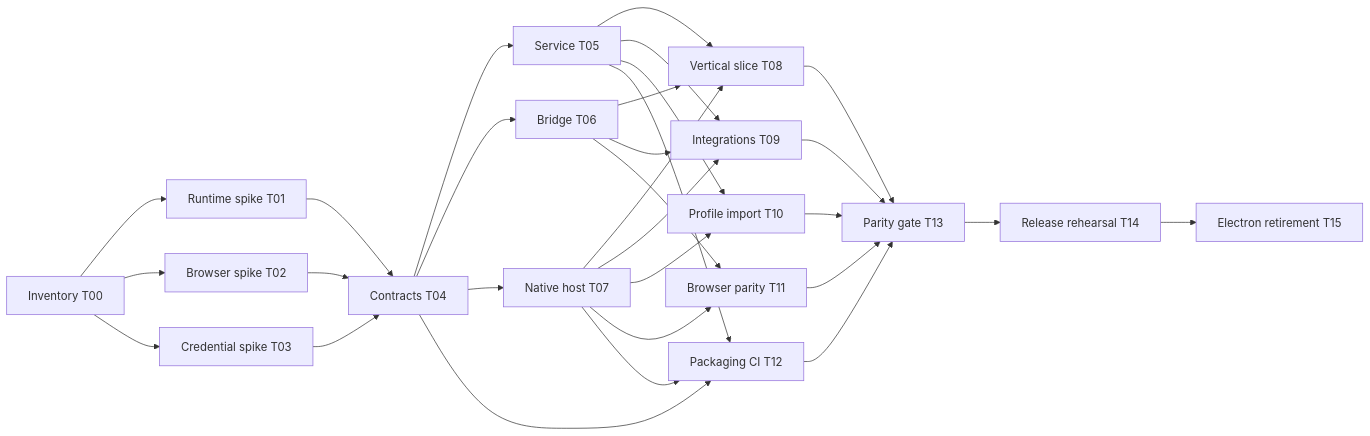
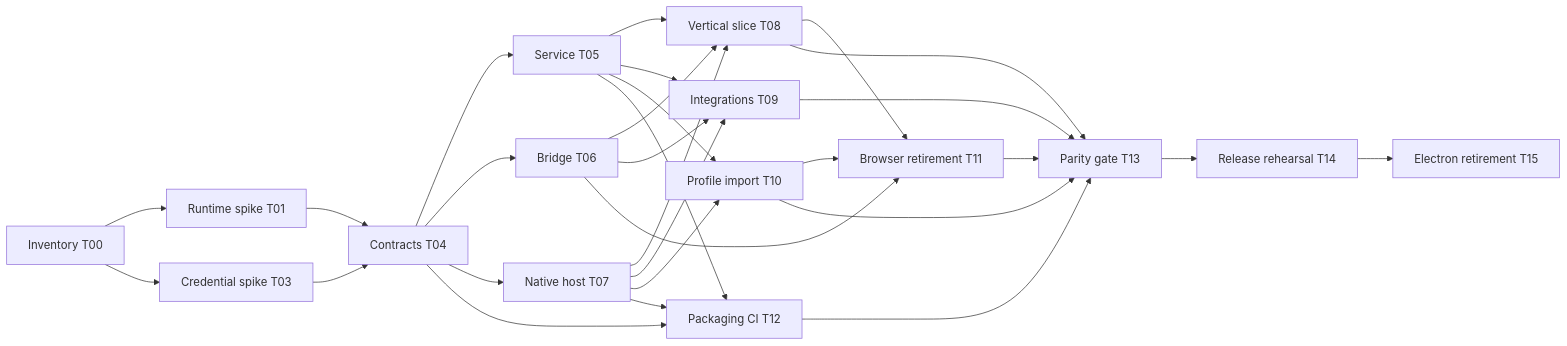
The diagram in docs/tauri-migration/workstreams.md (krazyjakee/21x), drawn with Mermaid before and after one commit. The commit also changed other lines of this file and 11 other files, not shown here.

````diff
--- a/docs/tauri-migration/workstreams.md
+++ b/docs/tauri-migration/workstreams.md
@@ -37,32 +36,31 @@
 ```mermaid
 flowchart LR
     T00[Inventory T00] --> T01[Runtime spike T01]
-    T00 --> T02[Browser spike T02]
     T00 --> T03[Credential spike T03]
     T01 --> T04[Contracts T04]
-    T02 --> T04
     T03 --> T04
     T04 --> T05[Service T05]
     T04 --> T06[Bridge T06]
     T04 --> T07[Native host T07]
     T05 --> T08[Vertical slice T08]
     T06 --> T08
     T07 --> T08
     T05 --> T09[Integrations T09]
     T06 --> T09
     T07 --> T09
     T05 --> T10[Profile import T10]
     T07 --> T10
-    T07 --> T11[Browser parity T11]
+    T08 --> T11[Browser retirement T11]
+    T10 --> T11
     T06 --> T11
     T04 --> T12[Packaging CI T12]
     T05 --> T12
     T07 --> T12
     T08 --> T13[Parity gate T13]
     T09 --> T13
     T10 --> T13
     T11 --> T13
     T12 --> T13
     T13 --> T14[Release rehearsal T14]
     T14 --> T15[Electron retirement T15]
 ```
````
